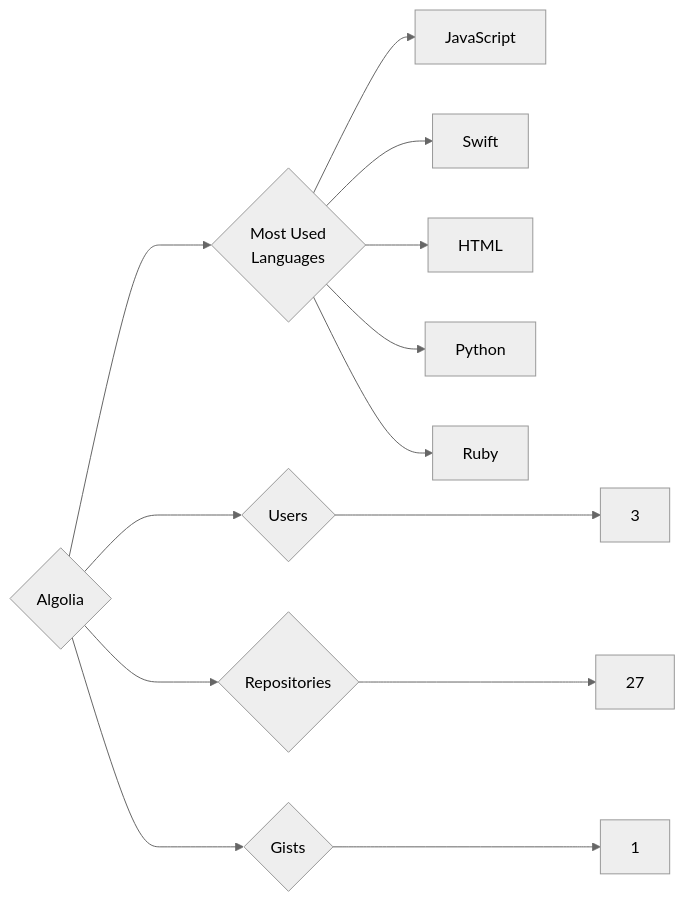
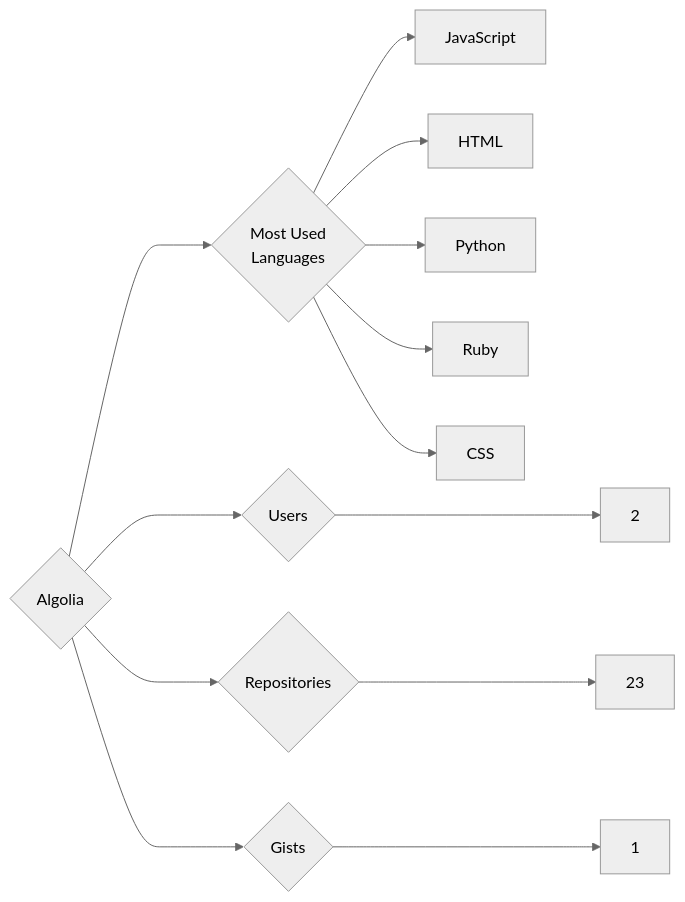
The diagram in targets/Algolia/README.md (trickest/insiders), drawn with Mermaid (neutral theme) before and after one commit. The commit also changed 997 other files, not shown here.

````diff
--- a/targets/Algolia/README.md
+++ b/targets/Algolia/README.md
@@ -3,13 +3,13 @@
 ```mermaid
 graph LR
 COMPANY_NAME{Algolia}
-COMPANY_NAME ---> U{Users} ---> UN[3]
-COMPANY_NAME ---> R{Repositories} ---> RN[27]
+COMPANY_NAME ---> U{Users} ---> UN[2]
+COMPANY_NAME ---> R{Repositories} ---> RN[23]
 COMPANY_NAME ---> G{Gists} ---> GN[1]
 COMPANY_NAME ---> ML{Most Used<br>Languages}
 ML --> JavaScript[JavaScript]
-ML --> Swift[Swift]
 ML --> HTML[HTML]
 ML --> Python[Python]
 ML --> Ruby[Ruby]
+ML --> CSS[CSS]
 ```
````
